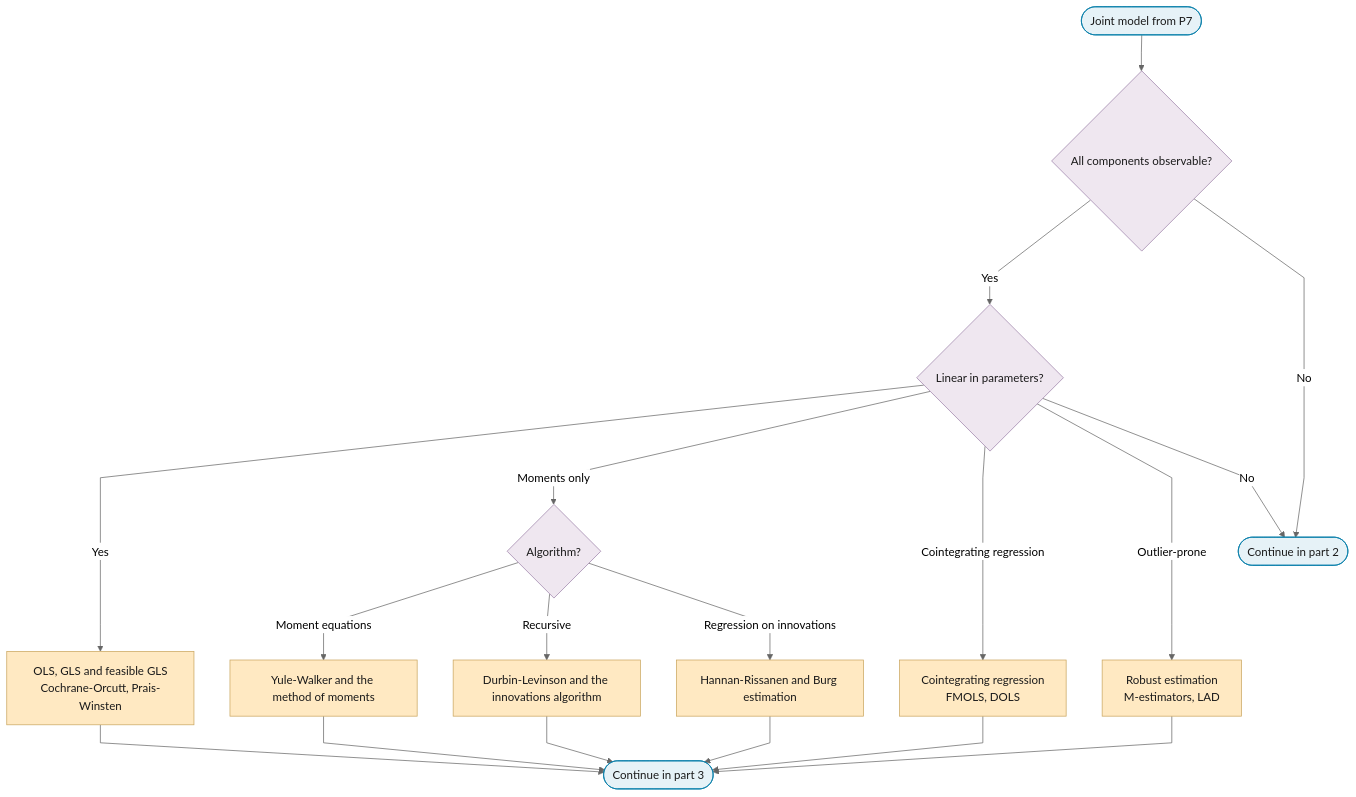
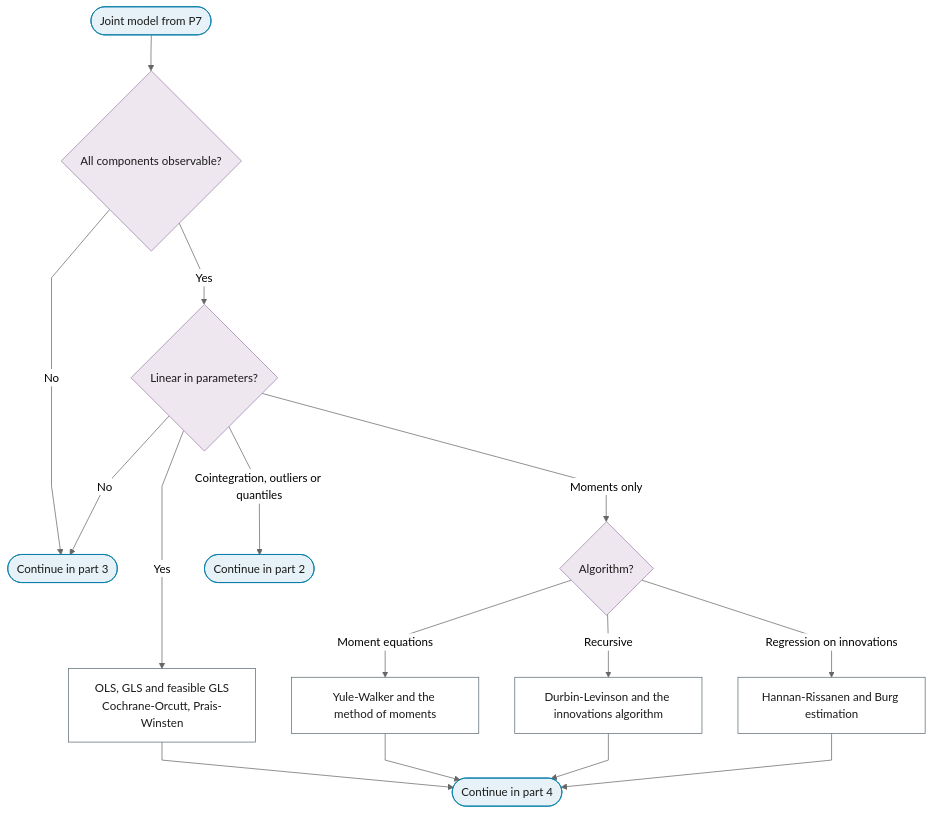
One commit to Shuxin-Y/time-series-analysis-manual changed the first of 4 diagrams in docs/01-workflow/p08-estimation.md. Above: the diagram before and after it, drawn with Mermaid (neutral theme). The commit also changed other lines of this file and 34 other files, not shown here.

````diff
--- a/docs/01-workflow/p08-estimation.md
+++ b/docs/01-workflow/p08-estimation.md
@@ -11,29 +11,26 @@
 ```mermaid
 %%{init: {"flowchart": {"curve": "linear"}}}%%
 graph TD
     P8_IN(["Joint model from P7"]) --> P8_OBSERVABLE{"All components observable?"}
     P8_OBSERVABLE -->|"Yes"| P8_LINEAR{"Linear in parameters?"}
-    P8_OBSERVABLE -->|"No"| P8_TO_PART_2(["Continue in part 2"])
+    P8_OBSERVABLE -->|"No"| P8_TO_PART_3(["Continue in part 3"])
     P8_LINEAR -->|"Yes"| P8_OLS_GLS["OLS, GLS and feasible GLS<br/>Cochrane-Orcutt, Prais-Winsten"]
     P8_LINEAR -->|"Moments only"| P8_MOMENTS{"Algorithm?"}
+    P8_LINEAR -->|"Cointegration, outliers or quantiles"| P8_TO_PART_2(["Continue in part 2"])
+    P8_LINEAR -->|"No"| P8_TO_PART_3
     P8_MOMENTS -->|"Moment equations"| P8_YULE_WALKER["Yule-Walker and the method of moments"]
     P8_MOMENTS -->|"Recursive"| P8_DURBIN_LEVINSON["Durbin-Levinson and the innovations algorithm"]
     P8_MOMENTS -->|"Regression on innovations"| P8_HANNAN_RISSANEN["Hannan-Rissanen and Burg estimation"]
-    P8_LINEAR -->|"Cointegrating regression"| P8_FMOLS_DOLS["Cointegrating regression<br/>FMOLS, DOLS"]
-    P8_LINEAR -->|"Outlier-prone"| P8_ROBUST["Robust estimation<br/>M-estimators, LAD"]
-    P8_LINEAR -->|"No"| P8_TO_PART_2
-    P8_YULE_WALKER & P8_DURBIN_LEVINSON --> P8_LINEAR_TO_PART_3
-    P8_OLS_GLS & P8_HANNAN_RISSANEN & P8_FMOLS_DOLS & P8_ROBUST --> P8_LINEAR_TO_PART_3(["Continue in part 3"])
-    class P8_IN,P8_TO_PART_2,P8_LINEAR_TO_PART_3 terminator
-    class P8_OBSERVABLE,P8_LINEAR decision
-    class P8_OLS_GLS,P8_YULE_WALKER,P8_DURBIN_LEVINSON,P8_HANNAN_RISSANEN,P8_FMOLS_DOLS,P8_ROBUST escalate
-    class P8_MOMENTS decision
+    P8_OLS_GLS & P8_YULE_WALKER & P8_DURBIN_LEVINSON & P8_HANNAN_RISSANEN --> P8_LINEAR_TO_PART_4(["Continue in part 4"])
+    class P8_IN,P8_TO_PART_3,P8_TO_PART_2,P8_LINEAR_TO_PART_4 terminator
+    class P8_OBSERVABLE,P8_LINEAR,P8_MOMENTS decision
+    class P8_OLS_GLS,P8_YULE_WALKER,P8_DURBIN_LEVINSON,P8_HANNAN_RISSANEN process
     classDef terminator fill:#E6F2F7,stroke:#007BA7,color:#1A1A1A;
     classDef process fill:#FFFFFF,stroke:#5A6B73,color:#1A1A1A;
     classDef decision fill:#EFE7F0,stroke:#9B7FA7,color:#1A1A1A;
     classDef data fill:#FFF4E0,stroke:#C9A55E,color:#1A1A1A;
     classDef good fill:#DCEFD8,stroke:#4A7A3F,color:#1A1A1A;
     classDef escalate fill:#FFE9C2,stroke:#C9A55E,color:#1A1A1A;
     classDef problem fill:#F2D9DE,stroke:#800020,color:#1A1A1A;
     classDef ref fill:#F7F7F7,stroke:#5A6B73,color:#1A1A1A,stroke-dasharray:4 3;
 ```
````
